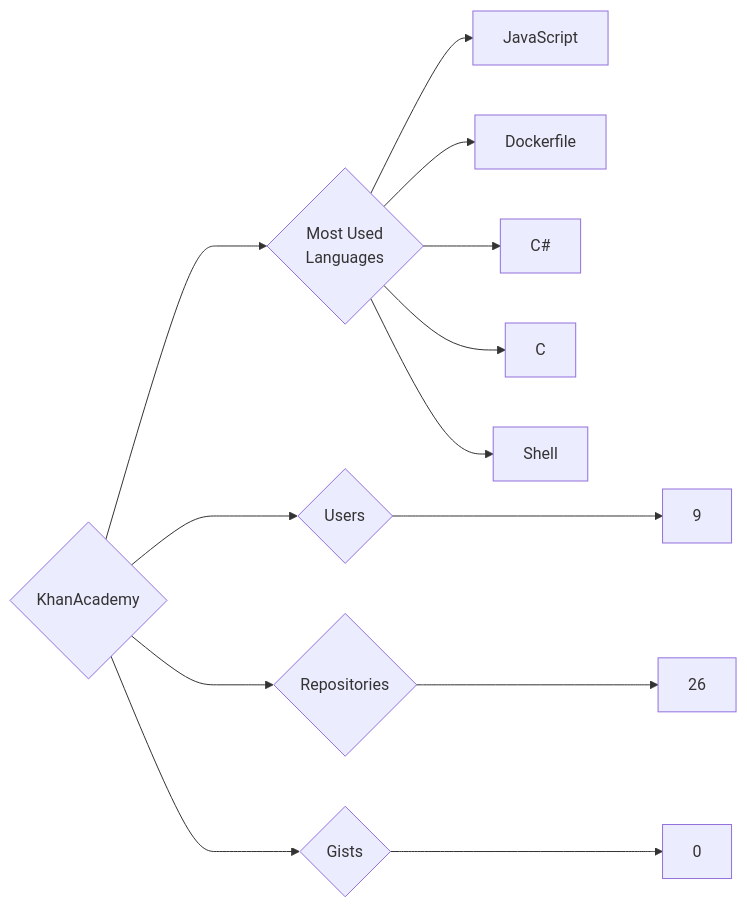
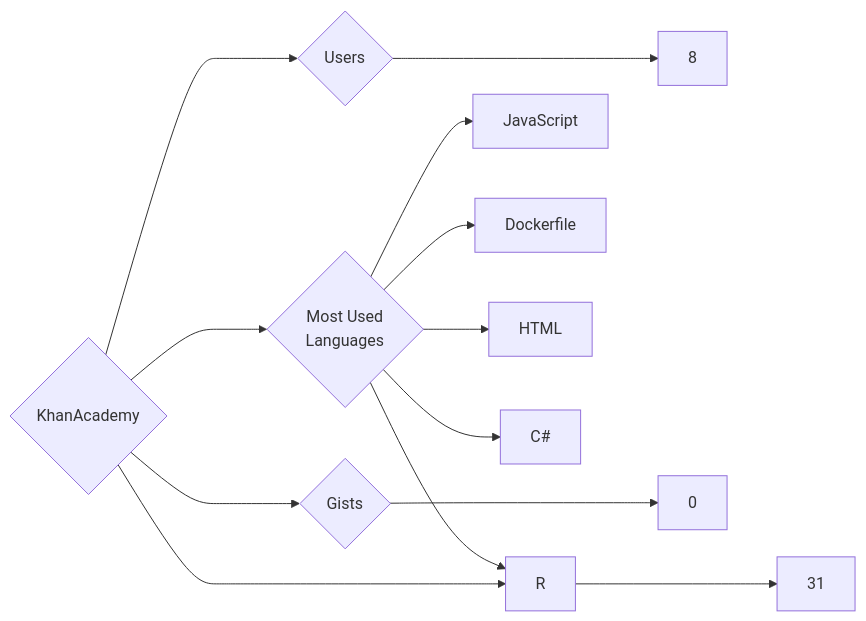
Before and after one commit to trickest/insiders: the diagram in targets/KhanAcademy/README.md, drawn with Mermaid. The commit also changed 1195 other files, not shown here.

````diff
--- a/targets/KhanAcademy/README.md
+++ b/targets/KhanAcademy/README.md
@@ -3,13 +3,13 @@
 ```mermaid
 graph LR
 COMPANY_NAME{KhanAcademy}
-COMPANY_NAME ---> U{Users} ---> UN[9]
-COMPANY_NAME ---> R{Repositories} ---> RN[26]
+COMPANY_NAME ---> U{Users} ---> UN[8]
+COMPANY_NAME ---> R{Repositories} ---> RN[31]
 COMPANY_NAME ---> G{Gists} ---> GN[0]
 COMPANY_NAME ---> ML{Most Used<br>Languages}
 ML --> JavaScript[JavaScript]
+ML --> R[R]
 ML --> Dockerfile[Dockerfile]
+ML --> HTML[HTML]
 ML --> C#[C#]
-ML --> C[C]
-ML --> Shell[Shell]
 ```
````
